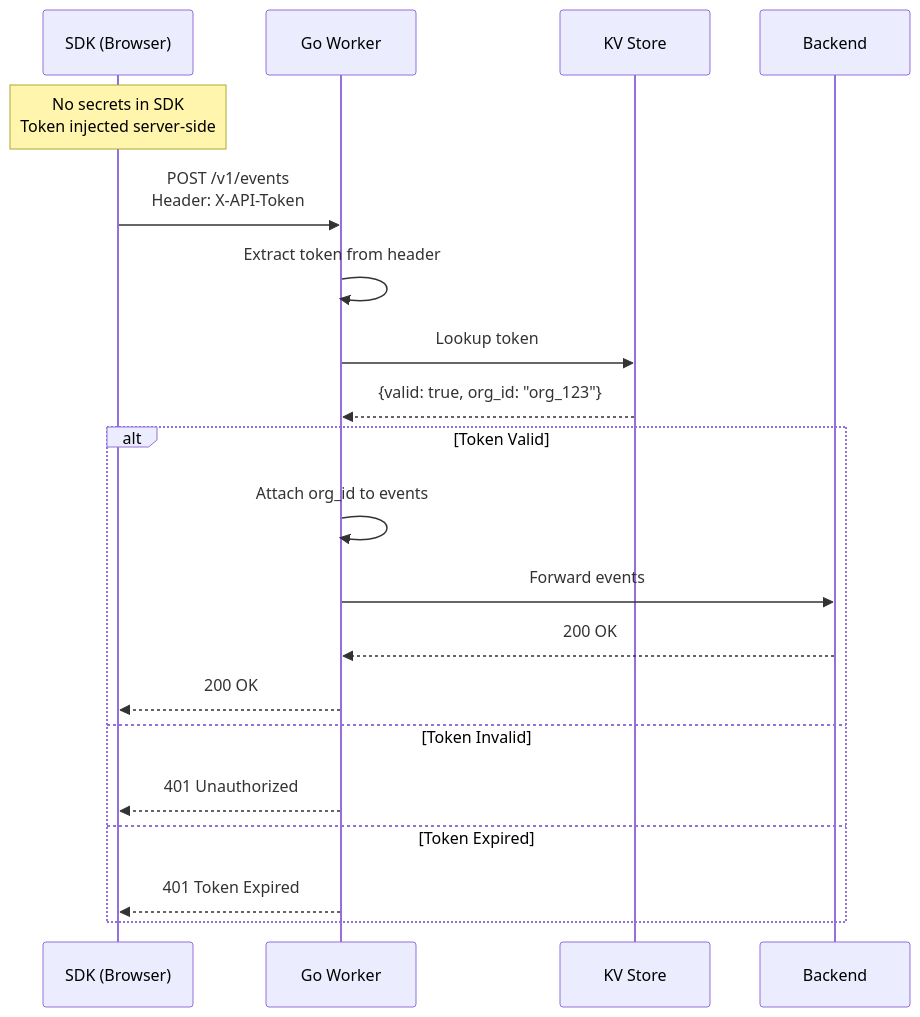
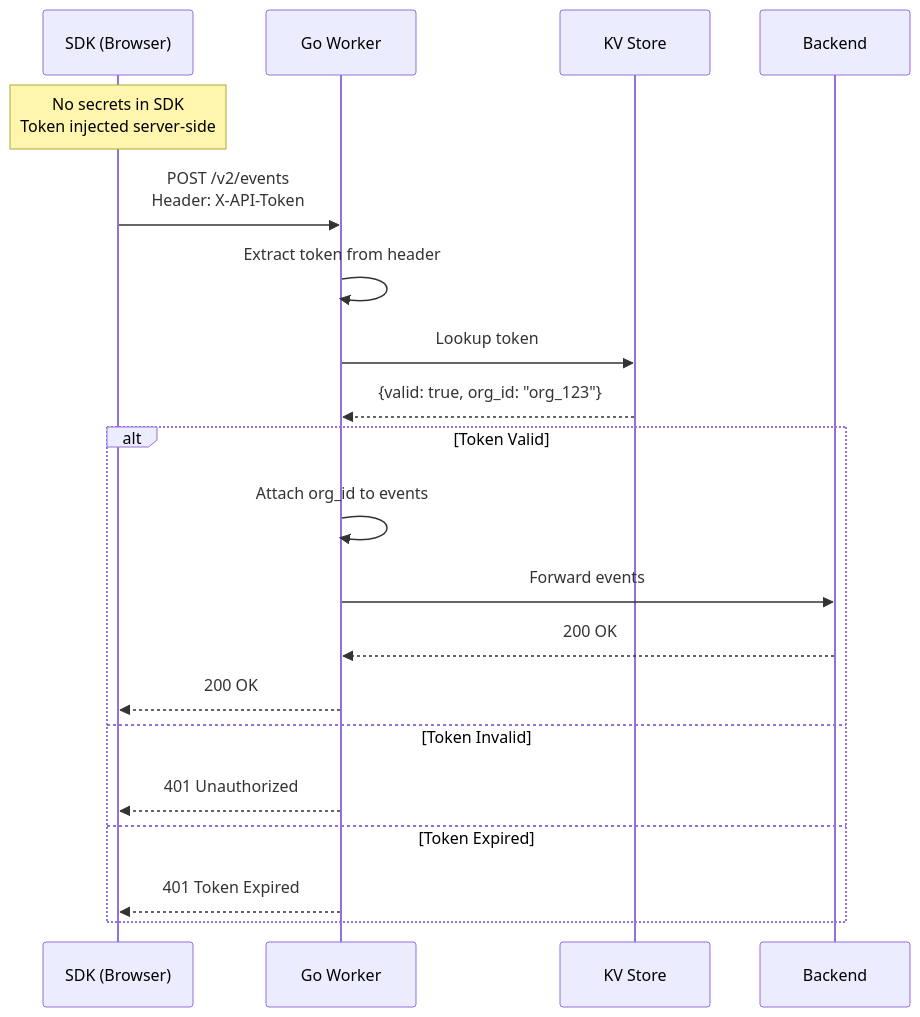
Before and after one commit to openqoe/openqoe-dev: the tenth of 14 diagrams in docs/architecture.md, drawn with Mermaid. The commit also changed 2 other files, not shown here.

Commit message:
fix(docs): Updated docs to only reflect v2 endpoints and adds missing events

````diff
--- a/docs/architecture.md
+++ b/docs/architecture.md
@@ -493,25 +493,25 @@
 ```mermaid
 sequenceDiagram
     participant SDK as SDK (Browser)
     participant Worker as Go Worker
     participant KV as KV Store
     participant Backend as Backend
 
     Note over SDK: No secrets in SDK<br/>Token injected server-side
 
-    SDK->>Worker: POST /v1/events<br/>Header: X-API-Token
+    SDK->>Worker: POST /v2/events<br/>Header: X-API-Token
     Worker->>Worker: Extract token from header
     Worker->>KV: Lookup token
     KV-->>Worker: {valid: true, org_id: "org_123"}
 
     alt Token Valid
         Worker->>Worker: Attach org_id to events
         Worker->>Backend: Forward events
         Backend-->>Worker: 200 OK
         Worker-->>SDK: 200 OK
     else Token Invalid
         Worker-->>SDK: 401 Unauthorized
     else Token Expired
         Worker-->>SDK: 401 Token Expired
     end
 ```
````
